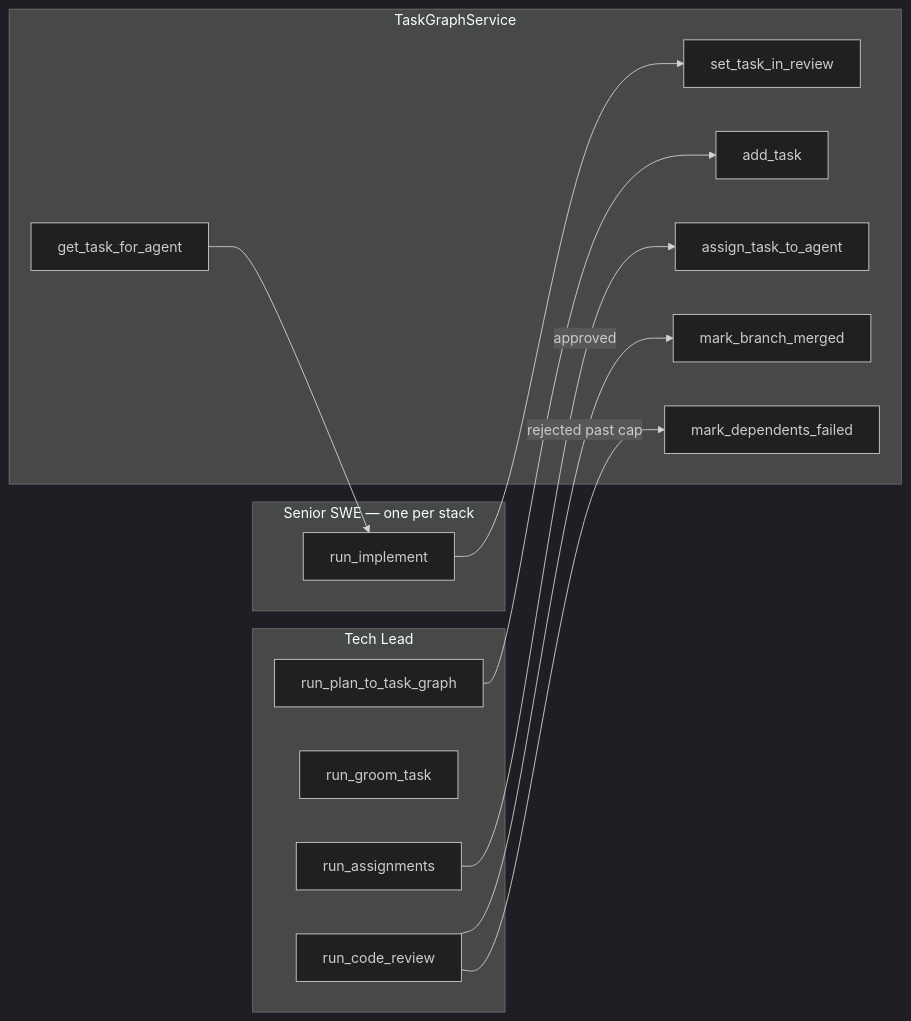
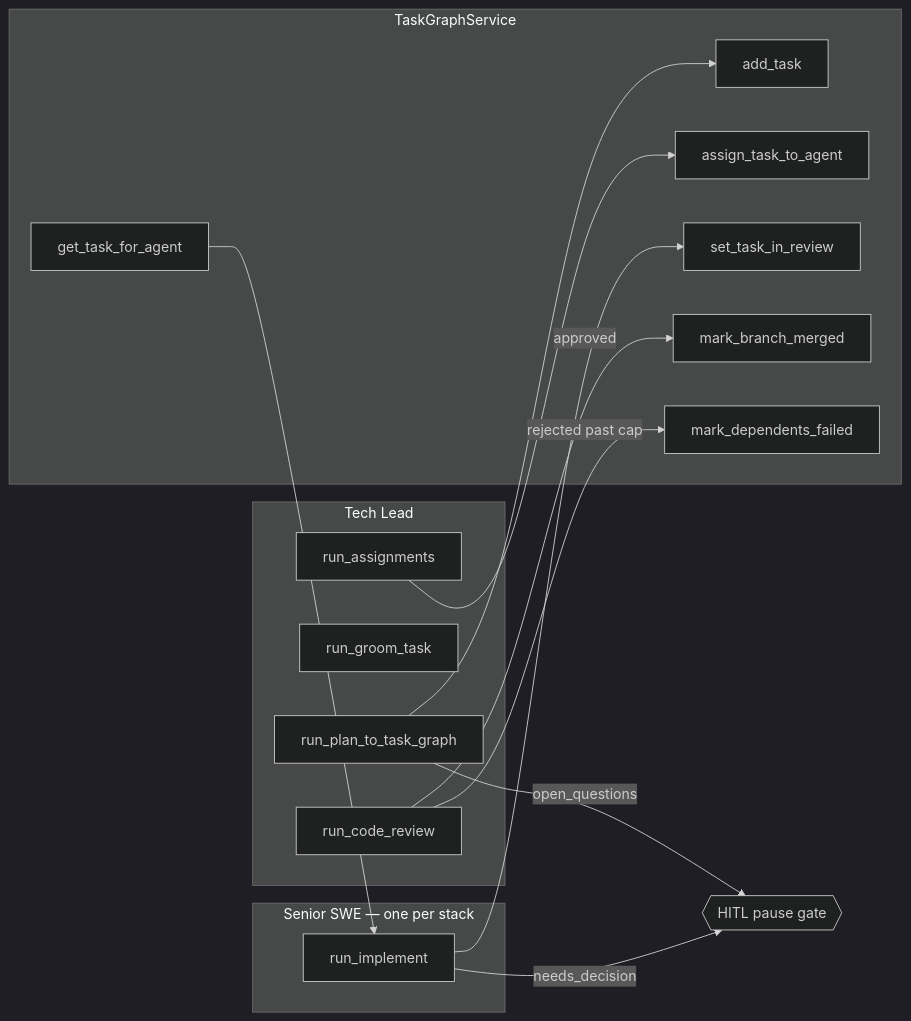
One commit to brandonkindred/Khala-Agentic-AI-Teams changed the second of 7 diagrams in backend/agents/coding_team/system_design/architecture.md. Above: the diagram before and after it, drawn with Mermaid (dark theme). The commit also changed other lines of this file, not shown here.

First line of the commit message:
docs(coding-team): update architecture for HITL gate, full LLM inputs, repo tools

````diff
--- a/backend/agents/coding_team/system_design/architecture.md
+++ b/backend/agents/coding_team/system_design/architecture.md
@@ -184,27 +231,30 @@
 ```mermaid
 flowchart LR
     subgraph TL[Tech Lead]
         P[run_plan_to_task_graph]
         G[run_groom_task]
         A[run_assignments]
         R[run_code_review]
     end
     subgraph SWE[Senior SWE — one per stack]
         I[run_implement]
     end
     subgraph TG[TaskGraphService]
         AT[add_task]
         AS[assign_task_to_agent]
         GT[get_task_for_agent]
         IR[set_task_in_review]
         MM[mark_branch_merged]
         MF[mark_dependents_failed]
     end
+    HITL{{HITL pause gate}}
 
+    P -->|open_questions| HITL
     P --> AT
     A --> AS
     GT --> I
+    I -->|needs_decision| HITL
     I --> IR
     R -->|approved| MM
     R -->|rejected past cap| MF
 ```
````
